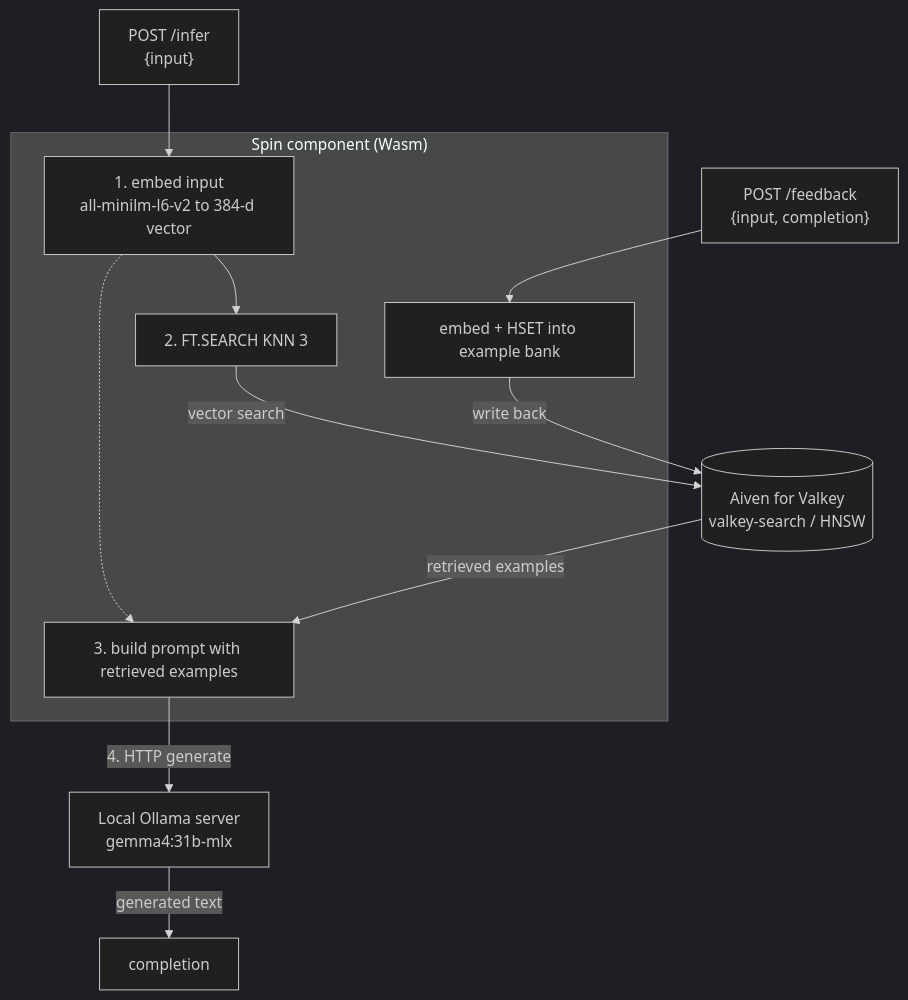
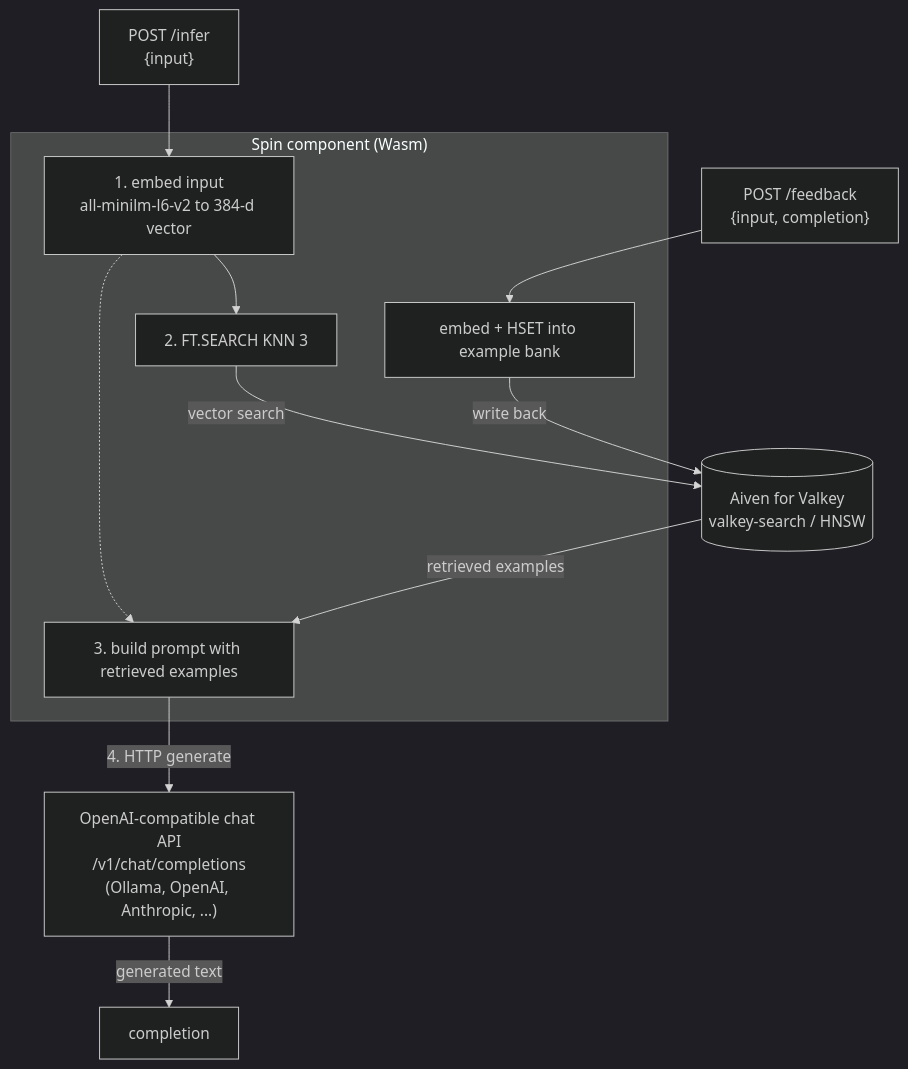
One commit to Aiven-Labs/valkey_few_shot_inference changed the diagram in README.md. Above: the diagram before and after it, drawn with Mermaid (dark theme).

Commit message:
Show LLM client as configurable OpenAI-compatible API
Chat completion calls a configurable OpenAI-compatible
/v1/chat/completions endpoint (inference_api_url Spin variable), which
Ollama, OpenAI, Anthropic, and others can all serve — not Ollama
specifically.

````diff
--- a/README.md
+++ b/README.md
@@ -9,26 +9,26 @@
 ```mermaid
 flowchart TD
     infer["POST /infer<br/>{input}"]
     feedback["POST /feedback<br/>{input, completion}"]
     valkey[("Aiven for Valkey<br/>valkey-search / HNSW")]
-    ollama["Local Ollama server<br/>gemma4:31b-mlx"]
+    ollama["OpenAI-compatible chat API<br/>/v1/chat/completions<br/>(Ollama, OpenAI, Anthropic, ...)"]
     completion["completion"]
 
     subgraph spin["Spin component (Wasm)"]
         embed["1. embed input<br/>all-minilm-l6-v2 to 384-d vector"]
         search["2. FT.SEARCH KNN 3"]
         prompt["3. build prompt with retrieved examples"]
         fb_embed["embed + HSET into example bank"]
     end
 
     infer --> embed
     embed --> search
     search -->|vector search| valkey
     valkey -->|retrieved examples| prompt
     embed -.-> prompt
     prompt -->|"4. HTTP generate"| ollama
     ollama -->|generated text| completion
 
     feedback --> fb_embed
     fb_embed -->|write back| valkey
 ```
````
